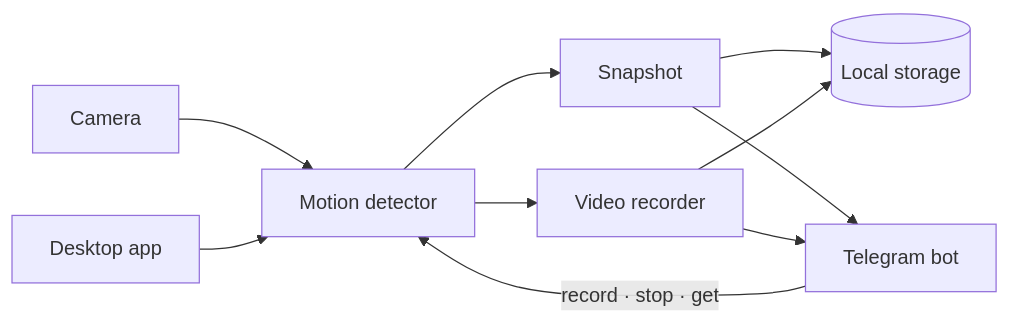
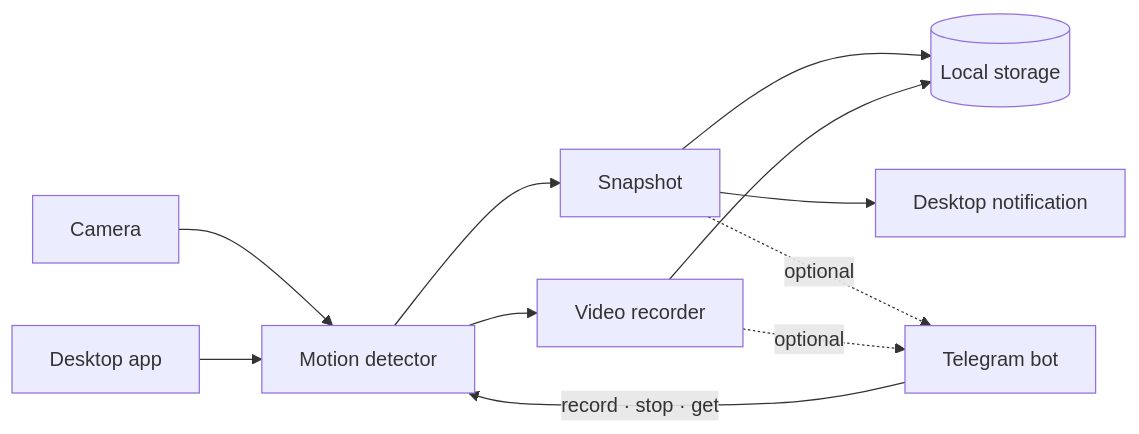
One commit to issar13/spare-eye changed the diagram in README.md. Above: the diagram before and after it, drawn with Mermaid. The commit also changed other lines of this file and 25 other files, not shown here.

First line of the commit message:
feat: make Telegram optional and add desktop notifications

````diff
--- a/README.md
+++ b/README.md
@@ -33,12 +37,13 @@
 ```mermaid
 flowchart LR
     Camera[Camera] --> Detector[Motion detector]
     Detector --> Snapshot[Snapshot]
     Detector --> Recorder[Video recorder]
     Snapshot --> Storage[(Local storage)]
     Recorder --> Storage
-    Snapshot --> Telegram[Telegram bot]
-    Recorder --> Telegram
+    Snapshot --> Desktop[Desktop notification]
+    Snapshot -.->|optional| Telegram[Telegram bot]
+    Recorder -.->|optional| Telegram
     UI[Desktop app] --> Detector
     Telegram -->|record · stop · get| Detector
 ```
````
